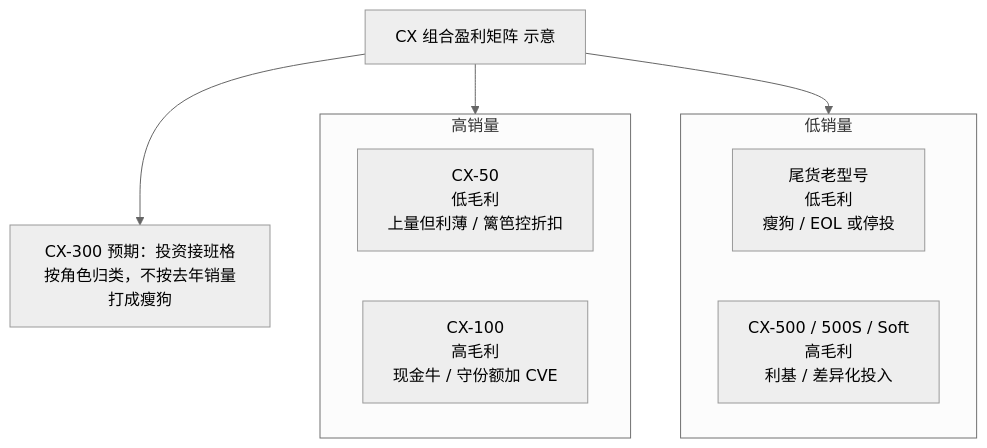
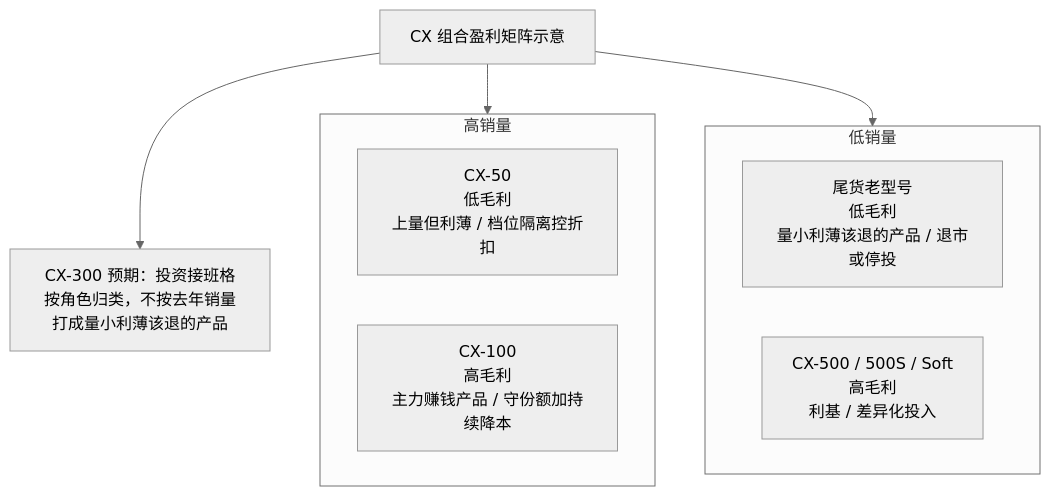
One commit to analyst2004lx/paper01 changed diagram 13 of 29 in 产品管理/战略和产品管理.md. Above: the diagram before and after it, drawn with Mermaid (neutral theme). The commit also changed other lines of this file and 2 other files, not shown here.

````diff
--- a/产品管理/战略和产品管理.md
+++ b/产品管理/战略和产品管理.md
@@ -1423,18 +1428,18 @@
 ```mermaid
 flowchart TB
-    HEAD["CX 组合盈利矩阵 示意"]
+    HEAD["CX 组合盈利矩阵示意"]
     HEAD --> HV
     HEAD --> LV
     HEAD --> INV
     subgraph HV["高销量"]
         direction LR
-        P50["CX-50<br/>低毛利<br/>上量但利薄 / 篱笆控折扣"]
-        P100["CX-100<br/>高毛利<br/>现金牛 / 守份额加 CVE"]
+        P50["CX-50<br/>低毛利<br/>上量但利薄 / 档位隔离控折扣"]
+        P100["CX-100<br/>高毛利<br/>主力赚钱产品 / 守份额加持续降本"]
     end
     subgraph LV["低销量"]
         direction LR
-        POLD["尾货老型号<br/>低毛利<br/>瘦狗 / EOL 或停投"]
+        POLD["尾货老型号<br/>低毛利<br/>量小利薄该退的产品 / 退市或停投"]
         P500["CX-500 / 500S / Soft<br/>高毛利<br/>利基 / 差异化投入"]
     end
-    INV["CX-300 预期：投资接班格<br/>按角色归类，不按去年销量打成瘦狗"]
+    INV["CX-300 预期：投资接班格<br/>按角色归类，不按去年销量打成量小利薄该退的产品"]
 ```
````
